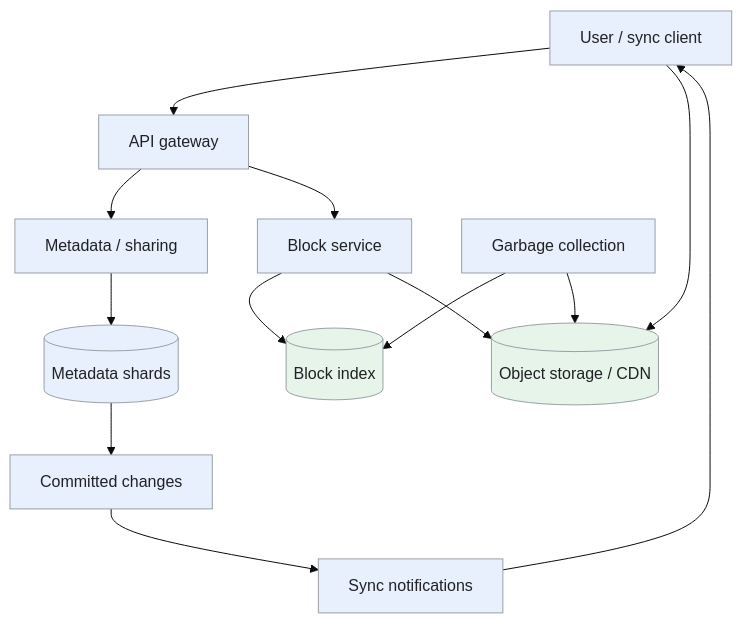
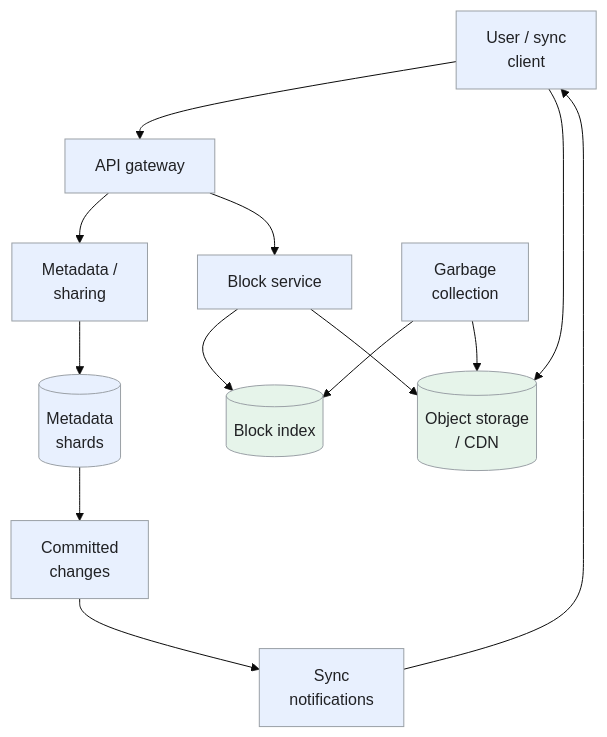
The first of 5 diagrams in _designs/system-design-dropbox.md (iliazlobin/iliazlobin.github.io), drawn with Mermaid (base theme) before and after one commit. The commit also changed other lines of this file and 116 other files, not shown here.

````diff
--- a/_designs/system-design-dropbox.md
+++ b/_designs/system-design-dropbox.md
@@ -140,20 +140,20 @@
 ```mermaid
 flowchart TB
-  U["User / sync client"] --> API["API gateway"]
-  API --> M["Metadata / sharing"]
-  M --> DB[("Metadata shards")]
+  U["User / sync<br>client"] --> API["API gateway"]
+  API --> M["Metadata /<br>sharing"]
+  M --> DB[("Metadata<br>shards")]
   API --> B["Block service"]
   B --> IDX[("Block index")]
-  U --> O[("Object storage / CDN")]
+  U --> O[("Object storage<br>/ CDN")]
   B --> O
-  DB --> E["Committed changes"]
-  E --> N["Sync notifications"]
+  DB --> E["Committed<br>changes"]
+  E --> N["Sync<br>notifications"]
   N --> U
-  G["Garbage collection"] --> IDX
+  G["Garbage<br>collection"] --> IDX
   G --> O
   classDef request fill:#e8f0fe,stroke:#9aa0a6,color:#202124,stroke-width:1px
   classDef background fill:#e6f4ea,stroke:#9aa0a6,color:#202124,stroke-width:1px
   classDef control fill:#fef7e0,stroke:#9aa0a6,color:#202124,stroke-width:1px
   class U,API,M,DB,B,E,N,G request
   class IDX,O background
 ```
````
